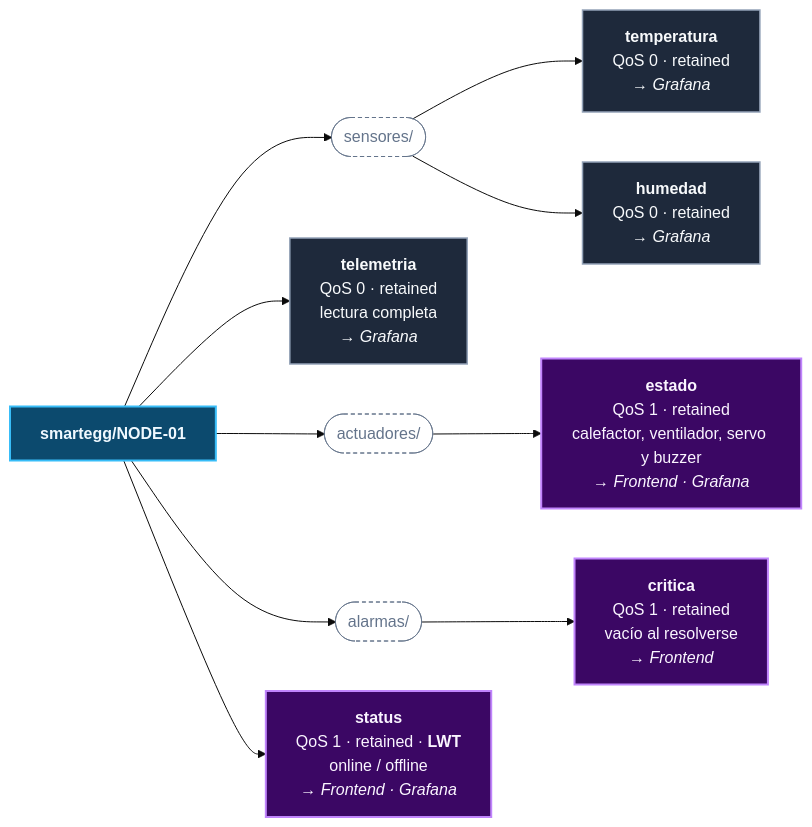
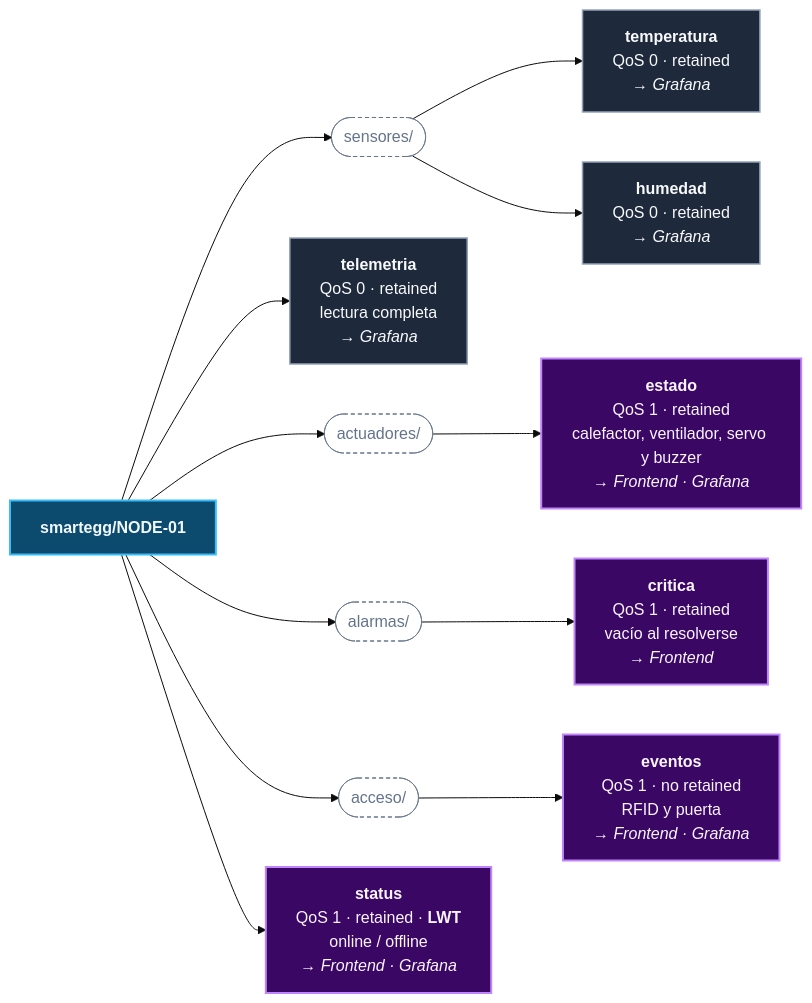
The seventh of 7 diagrams in Proyecto_1_SmartEgg/README.md (ricardious/AYC2_G3), drawn with Mermaid (base theme) before and after one commit. The commit also changed other lines of this file, not shown here.

Commit message:
docs: actualizar arquitectura del acceso físico

````diff
--- a/Proyecto_1_SmartEgg/README.md
+++ b/Proyecto_1_SmartEgg/README.md
@@ -466,25 +474,27 @@
 ```mermaid
 flowchart LR
     ROOT["<b>smartegg/NODE-01</b>"]
 
     ROOT --> SEN(["sensores/"])
     ROOT --> TEL["<b>telemetria</b><br/>QoS 0 · retained<br/>lectura completa<br/><i>→ Grafana</i>"]
     ROOT --> ACT(["actuadores/"])
     ROOT --> ALA(["alarmas/"])
+    ROOT --> ACC(["acceso/"])
     ROOT --> STA["<b>status</b><br/>QoS 1 · retained · <b>LWT</b><br/>online / offline<br/><i>→ Frontend · Grafana</i>"]
 
     SEN --> TEMP["<b>temperatura</b><br/>QoS 0 · retained<br/><i>→ Grafana</i>"]
     SEN --> HUM["<b>humedad</b><br/>QoS 0 · retained<br/><i>→ Grafana</i>"]
     ACT --> AEST["<b>estado</b><br/>QoS 1 · retained<br/>calefactor, ventilador, servo y buzzer<br/><i>→ Frontend · Grafana</i>"]
     ALA --> ACRI["<b>critica</b><br/>QoS 1 · retained<br/>vacío al resolverse<br/><i>→ Frontend</i>"]
+    ACC --> AEV["<b>eventos</b><br/>QoS 1 · no retained<br/>RFID y puerta<br/><i>→ Frontend · Grafana</i>"]
 
     classDef raiz fill:#0c4a6e,stroke:#38bdf8,color:#f0f9ff,stroke-width:2px
     classDef rama fill:none,stroke:#64748b,color:#64748b,stroke-dasharray:4 3
     classDef qos0 fill:#1e293b,stroke:#94a3b8,color:#f8fafc,stroke-width:1.5px
     classDef qos1 fill:#3b0764,stroke:#c084fc,color:#faf5ff,stroke-width:2px
 
     class ROOT raiz
-    class SEN,ACT,ALA rama
+    class SEN,ACT,ALA,ACC rama
     class TEL,TEMP,HUM qos0
-    class STA,AEST,ACRI qos1
+    class STA,AEST,ACRI,AEV qos1
 ```
````
